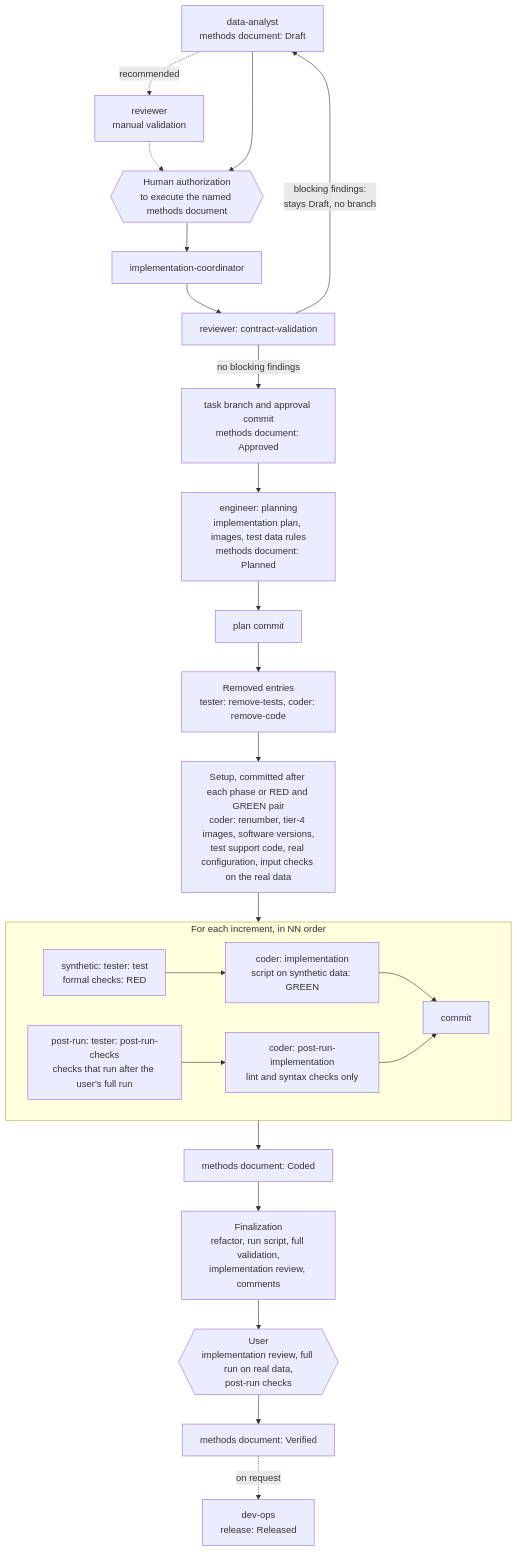
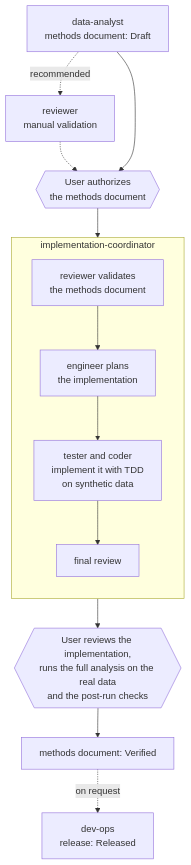
One commit to yocra3/AI_agents changed the second of 2 diagrams in README.md. Above: the diagram before and after it, drawn with Mermaid. The commit also changed other lines of this file and 25 other files, not shown here.

First line of the commit message:
feat(agents): plan Nextflow per specification and check images at build

````diff
--- a/README.md
+++ b/README.md
@@ -112,25 +104,15 @@
 ```mermaid
 flowchart TD
     DA["data-analyst<br/>methods document: Draft"] -. recommended .-> MV["reviewer<br/>manual validation"]
     MV -.-> HA
-    DA --> HA{{"Human authorization<br/>to execute the named methods document"}}
-    HA --> IC["implementation-coordinator"]
-    IC --> RV["reviewer: contract-validation"]
-    RV -- "blocking findings:<br/>stays Draft, no branch" --> DA
-    RV -- "no blocking findings" --> AP["task branch and approval commit<br/>methods document: Approved"]
-    AP --> EN["engineer: planning<br/>implementation plan, images, test data rules<br/>methods document: Planned"]
-    EN --> PC["plan commit"]
-    PC --> RM["Removed entries<br/>tester: remove-tests, coder: remove-code"]
-    RM --> SE["Setup, committed after each phase or RED and GREEN pair<br/>coder: renumber, tier-4 images, software versions,<br/>test support code, real configuration, input checks on the real data"]
-    SE --> INC
-    subgraph INC ["For each increment, in NN order"]
-        direction LR
-        T["synthetic: tester: test<br/>formal checks: RED"] --> C["coder: implementation<br/>script on synthetic data: GREEN"] --> CM["commit"]
-        PT["post-run: tester: post-run-checks<br/>checks that run after the user's full run"] --> PI["coder: post-run-implementation<br/>lint and syntax checks only"] --> CM
+    DA --> HA{{"User authorizes<br/>the methods document"}}
+    HA --> IC
+    subgraph IC ["implementation-coordinator"]
+        direction TB
+        RV["reviewer validates<br/>the methods document"] --> EN["engineer plans<br/>the implementation"]
+        EN --> TC["tester and coder<br/>implement it with TDD<br/>on synthetic data"] --> FR["final review"]
     end
-    INC --> CO["methods document: Coded"]
-    CO --> FI["Finalization<br/>refactor, run script, full validation,<br/>implementation review, comments"]
-    FI --> US{{"User<br/>implementation review, full run on real data,<br/>post-run checks"}}
-    US --> VE["methods document: Verified"]
+    IC --> UR{{"User reviews the implementation,<br/>runs the full analysis on the real data<br/>and the post-run checks"}}
+    UR --> VE["methods document: Verified"]
     VE -. on request .-> DO["dev-ops<br/>release: Released"]
 ```
````
